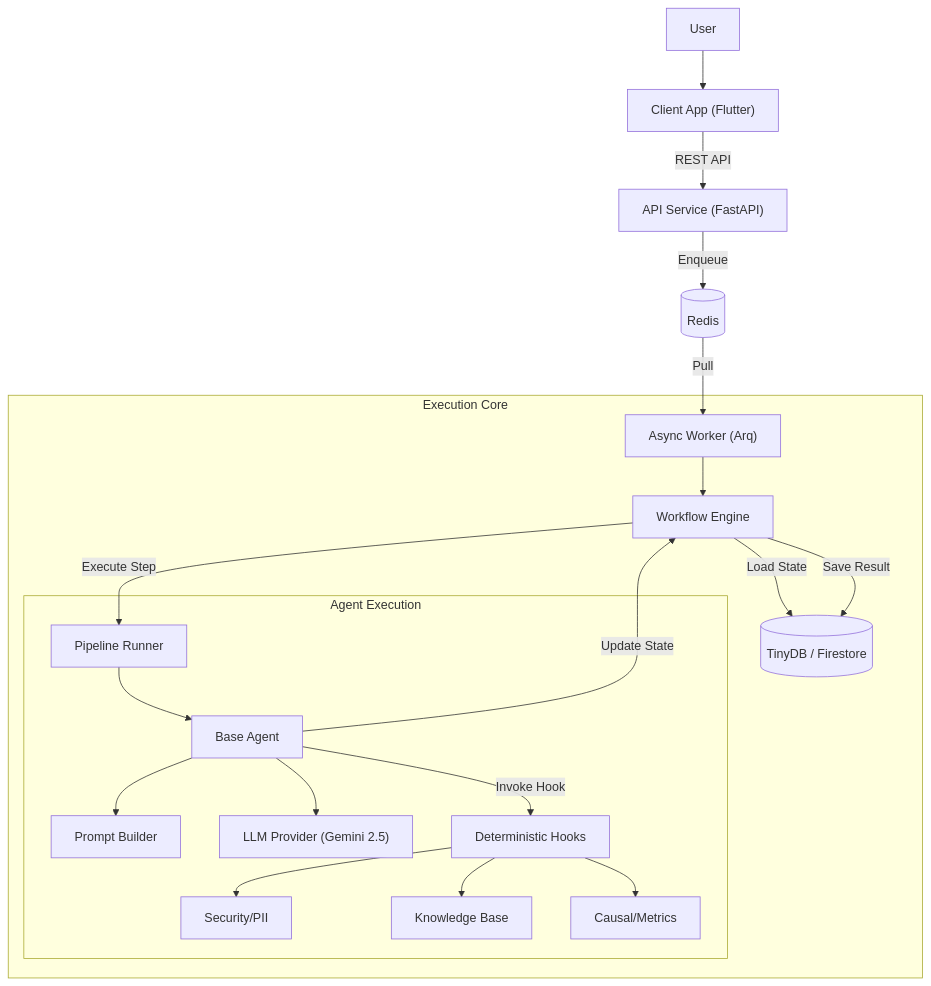
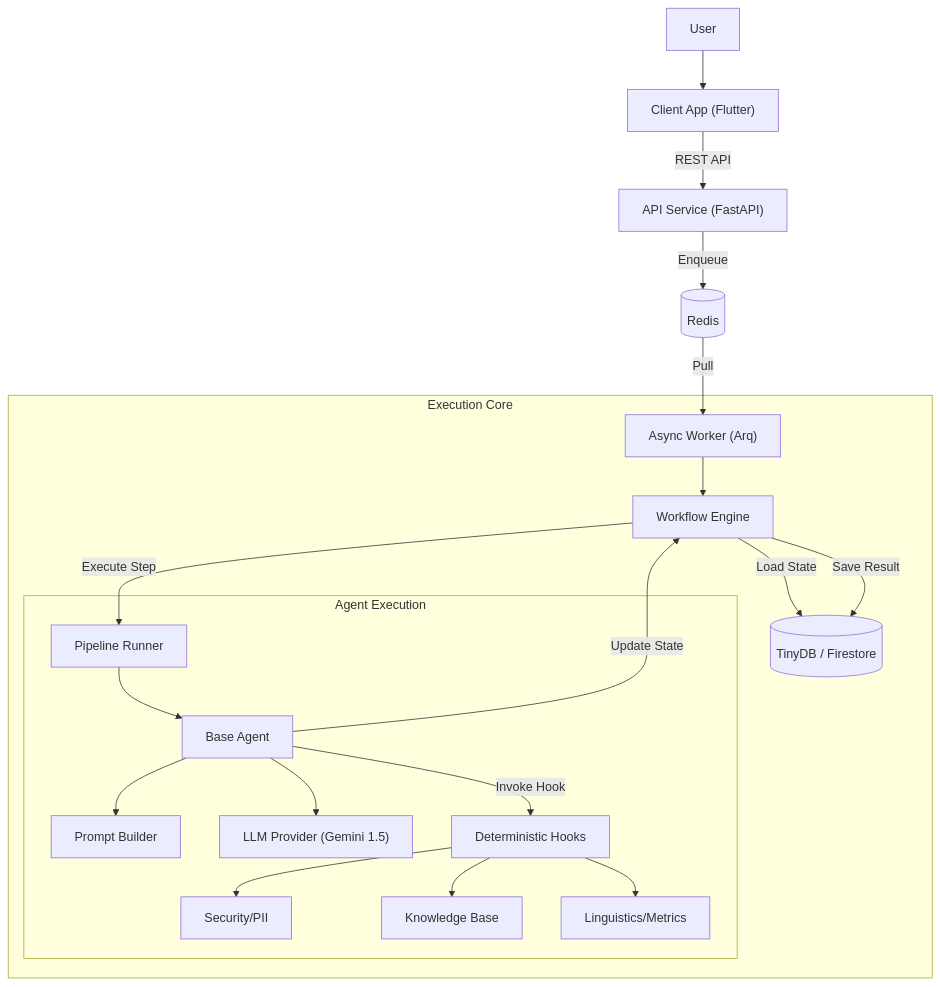
One commit to launis/quorum changed the diagram in docs/architecture_analysis.md. Above: the diagram before and after it, drawn with Mermaid. The commit also changed other lines of this file and 15 other files, not shown here.

Commit message:
docs: Add comprehensive project documentation covering product roadmap, architecture, and various technical specifications.

````diff
--- a/docs/architecture_analysis.md
+++ b/docs/architecture_analysis.md
@@ -100,29 +100,29 @@
 ```mermaid
 graph TD
     User["User"] --> Client["Client App (Flutter)"]
     
     Client -- REST API --> API["API Service (FastAPI)"]
     API -- Enqueue --> Redis[(Redis)]
     Redis -- Pull --> Worker["Async Worker (Arq)"]
     
     subgraph "Execution Core"
         Worker --> Engine["Workflow Engine"]
         Engine -- "Load State" --> DB[("TinyDB / Firestore")]
         Engine -- "Execute Step" --> Runner["Pipeline Runner"]
         
         subgraph "Agent Execution"
             Runner --> Agent["Base Agent"]
             Agent --> Prompt["Prompt Builder"]
-            Agent --> LLM["LLM Provider (Gemini 2.5)"]
+            Agent --> LLM["LLM Provider (Gemini 1.5)"]
             
             Agent -- "Invoke Hook" --> Hooks["Deterministic Hooks"]
             Hooks --> PII["Security/PII"]
             Hooks --> RAG["Knowledge Base"]
-            Hooks --> Stats["Causal/Metrics"]
+            Hooks --> Stats["Linguistics/Metrics"]
         end
         
         Agent -- "Update State" --> Engine
     end
     
     Engine -- "Save Result" --> DB
 ```
````
